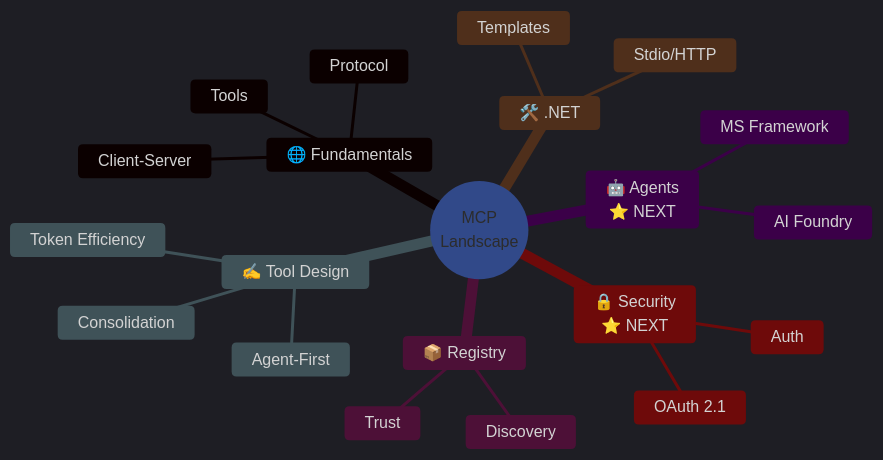
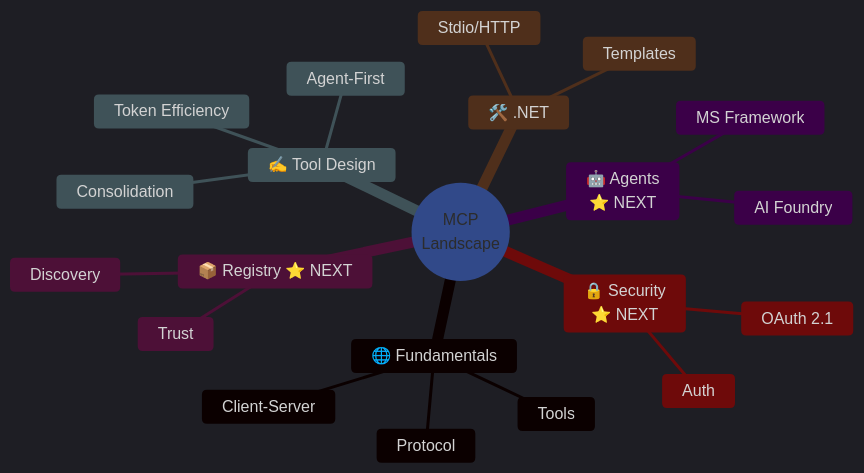
One commit to NikiforovAll/mcp-landscape changed the fifth of 5 diagrams in slides/presentation_part1.md. Above: the diagram before and after it, drawn with Mermaid. The commit also changed other lines of this file and 2 other files, not shown here.

```diff
--- a/slides/presentation_part1.md
+++ b/slides/presentation_part1.md
@@ -979,36 +889,36 @@
 <div class="mermaid">
     %%{init: {
         'theme': 'dark',
         'themeVariables': {
             'fontSize': '16px',
             'primaryColor': '#1a1a2e',
             'primaryTextColor': '#ffffff',
             'primaryBorderColor': '#4a9eff',
             'lineColor': '#4a9eff',
             'secondaryColor': '#16213e',
             'tertiaryColor': '#0f3460'
         }
     }}%%
     mindmap
         root((MCP<br/>Landscape))
             🌐 Fundamentals
                 Protocol
                 Client-Server
                 Tools
-            📦 Registry
+            📦 Registry ⭐ NEXT
                 Discovery
                 Trust
             ✍️ Tool Design
                 Agent-First
                 Consolidation
                 Token Efficiency
             🛠️ .NET
                 Templates
                 Stdio/HTTP
             🔒 Security<br/>⭐ NEXT
                 OAuth 2.1
                 Auth
             🤖 Agents<br/>⭐ NEXT
                 MS Framework
                 AI Foundry
 </div>
```
